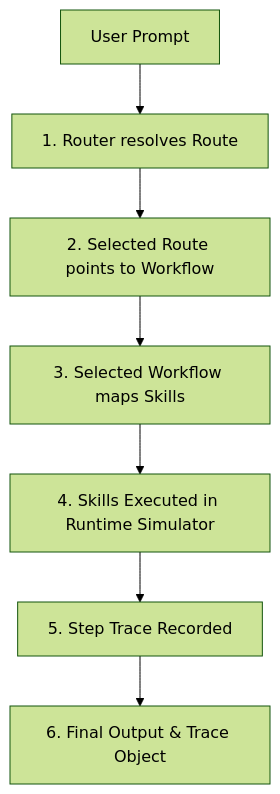
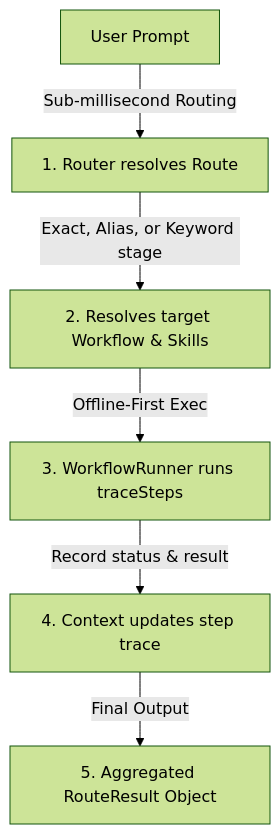
Before and after one commit to jaswanthmoram/yes-human: the diagram in README.md, drawn with Mermaid (forest theme). The commit also changed other lines of this file and 41 other files, not shown here.

````diff
--- a/README.md
+++ b/README.md
@@ -45,9 +74,8 @@
 ```mermaid
 graph TD
-  UserPrompt["User Prompt"] --> Router["1. Router resolves Route"]
-  Router --> Route["2. Selected Route points to Workflow"]
-  Route --> Workflow["3. Selected Workflow maps Skills"]
-  Workflow --> Skills["4. Skills Executed in Runtime Simulator"]
-  Skills --> Trace["5. Step Trace Recorded"]
-  Trace --> Result["6. Final Output & Trace Object"]
+  Prompt[User Prompt] -->|Sub-millisecond Routing| Router[1. Router resolves Route]
+  Router -->|Exact, Alias, or Keyword stage| Workflow[2. Resolves target Workflow & Skills]
+  Workflow -->|Offline-First Exec| Runtime[3. WorkflowRunner runs traceSteps]
+  Runtime -->|Record status & result| Context[4. Context updates step trace]
+  Context -->|Final Output| Output[5. Aggregated RouteResult Object]
 ```
````
